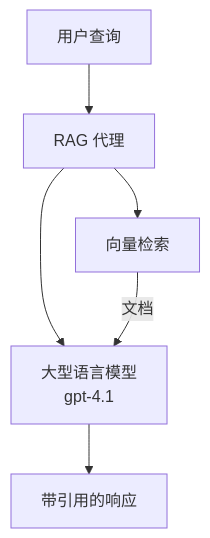
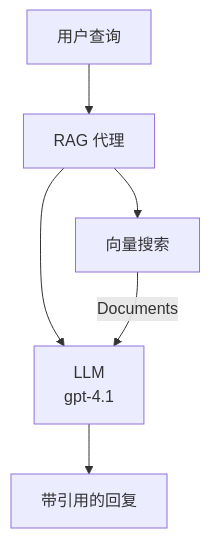
One commit to microsoft/AZD-for-beginners changed the second of 3 diagrams in translations/zh-CN/docs/chapter-02-ai-development/agents.md. Above: the diagram before and after it, drawn with Mermaid. The commit also changed other lines of this file and 60 other files, not shown here.

````diff
--- a/translations/zh-CN/docs/chapter-02-ai-development/agents.md
+++ b/translations/zh-CN/docs/chapter-02-ai-development/agents.md
@@ -181,8 +181,8 @@
 ```mermaid
 graph TD
     Query[用户查询] --> RAG[RAG 代理]
-    RAG --> Vector[向量检索]
-    RAG --> LLM[大型语言模型<br/>gpt-4.1]
-    Vector -- 文档 --> LLM
-    LLM --> Response[带引用的响应]
+    RAG --> Vector[向量搜索]
+    RAG --> LLM[LLM<br/>gpt-4.1]
+    Vector -- Documents --> LLM
+    LLM --> Response[带引用的回复]
 ```
````
